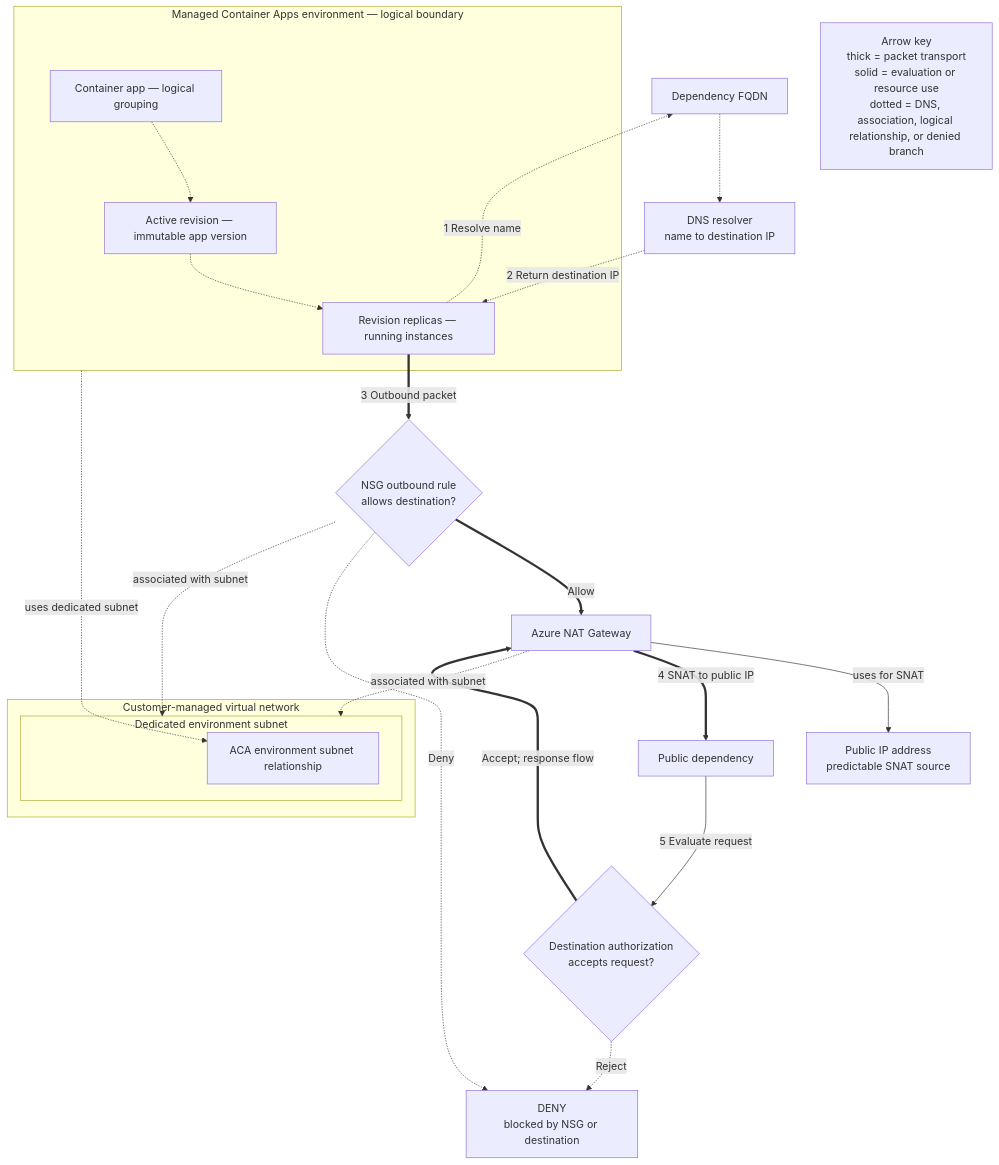
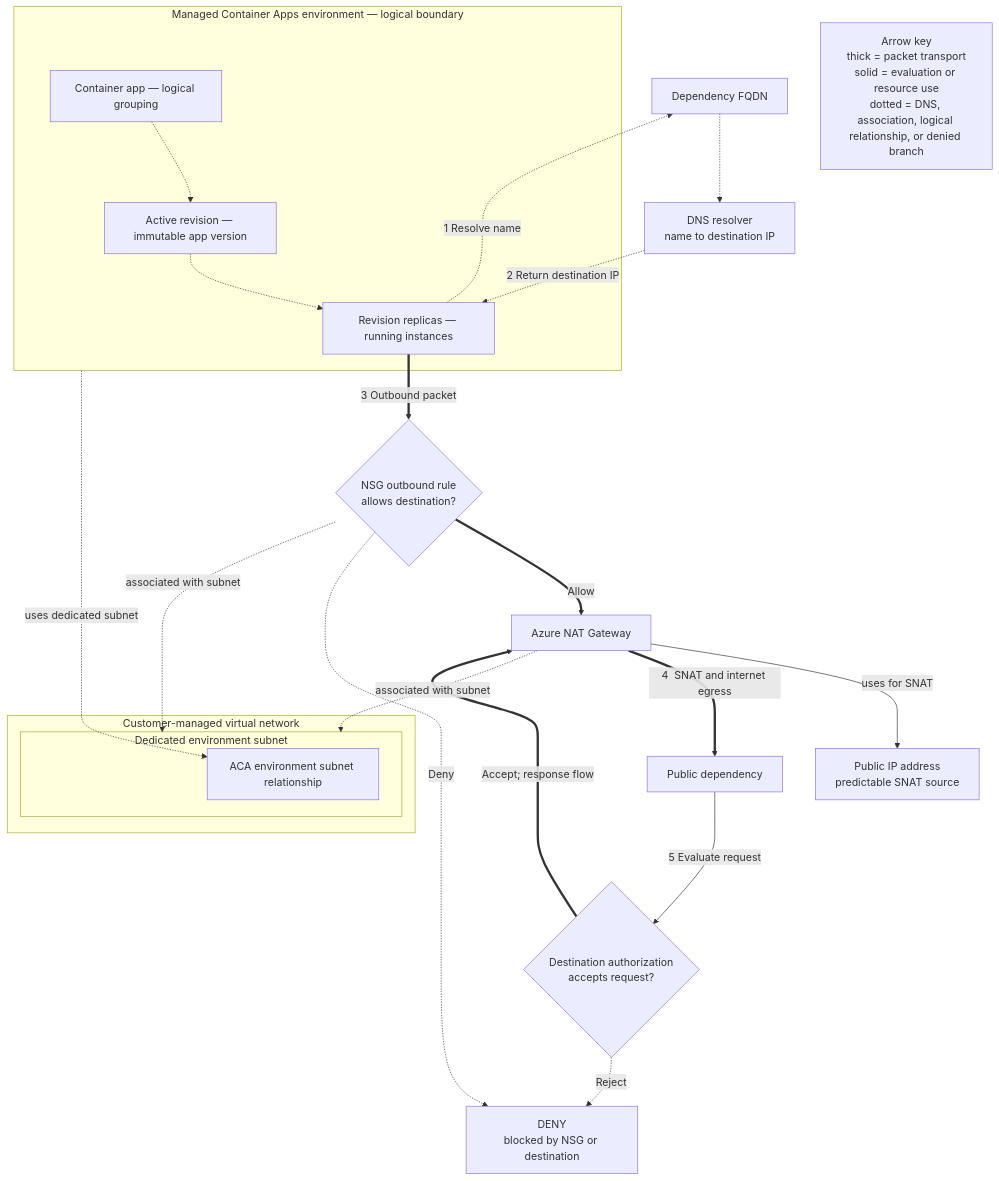
The second of 3 diagrams in docs/platform/networking/egress-control.md (yeongseon/azure-container-apps-practical-guide), drawn with Mermaid before and after one commit. The commit also changed other lines of this file and 1 other file, not shown here.

Commit message:
fix(diagrams): align egress flows with Azure contracts

````diff
--- a/docs/platform/networking/egress-control.md
+++ b/docs/platform/networking/egress-control.md
@@ -216,46 +219,46 @@
 ```mermaid
 flowchart TD
     accTitle: Container Apps egress through NAT Gateway
     accDescr: A logical Container Apps replica resolves a public dependency name, then sends a packet through subnet network controls. A NAT Gateway associated with the dedicated environment subnet translates the source to its public IP before the packet reaches the internet dependency. The NAT Gateway, public IP, NSG, and authorization decision are outside the virtual network boundary.
 
     DNS_NAME["Dependency FQDN"]
     DNS["DNS resolver<br/>name to destination IP"]
 
     subgraph ENV["Managed Container Apps environment — logical boundary"]
         APP["Container app — logical grouping"]
         REV_ACTIVE["Active revision — immutable app version"]
         REPLICAS["Revision replicas — running instances"]
         APP -.-> REV_ACTIVE
         REV_ACTIVE -.-> REPLICAS
     end
 
     subgraph VNET["Customer-managed virtual network"]
         subgraph ENV_SUBNET["Dedicated environment subnet"]
             SUBNET_LINK["ACA environment subnet relationship"]
         end
     end
 
     NSG{"NSG outbound rule<br/>allows destination?"}
     NAT["Azure NAT Gateway"]
     PIP["Public IP address<br/>predictable SNAT source"]
     DEST["Public dependency"]
     AUTH{"Destination authorization<br/>accepts request?"}
     DENY["DENY<br/>blocked by NSG or destination"]
 
     ENV -.->|"uses dedicated subnet"| SUBNET_LINK
     NSG -.->|"associated with subnet"| ENV_SUBNET
     NAT -.->|"associated with subnet"| ENV_SUBNET
     NAT -->|"uses for SNAT"| PIP
     REPLICAS -.->|"1  Resolve name"| DNS_NAME
     DNS_NAME -.-> DNS
     DNS -.->|"2  Return destination IP"| REPLICAS
     REPLICAS ==>|"3  Outbound packet"| NSG
     NSG ==>|"Allow"| NAT
     NSG -.->|"Deny"| DENY
-    NAT ==>|"4  SNAT to public IP"| DEST
+    NAT ==>|"4  SNAT and internet egress"| DEST
     DEST -->|"5  Evaluate request"| AUTH
     AUTH ==>|"Accept; response flow"| NAT
     AUTH -.->|"Reject"| DENY
 
     LEGEND["Arrow key<br/>thick = packet transport<br/>solid = evaluation or resource use<br/>dotted = DNS, association, logical relationship, or denied branch"]
 ```
````
